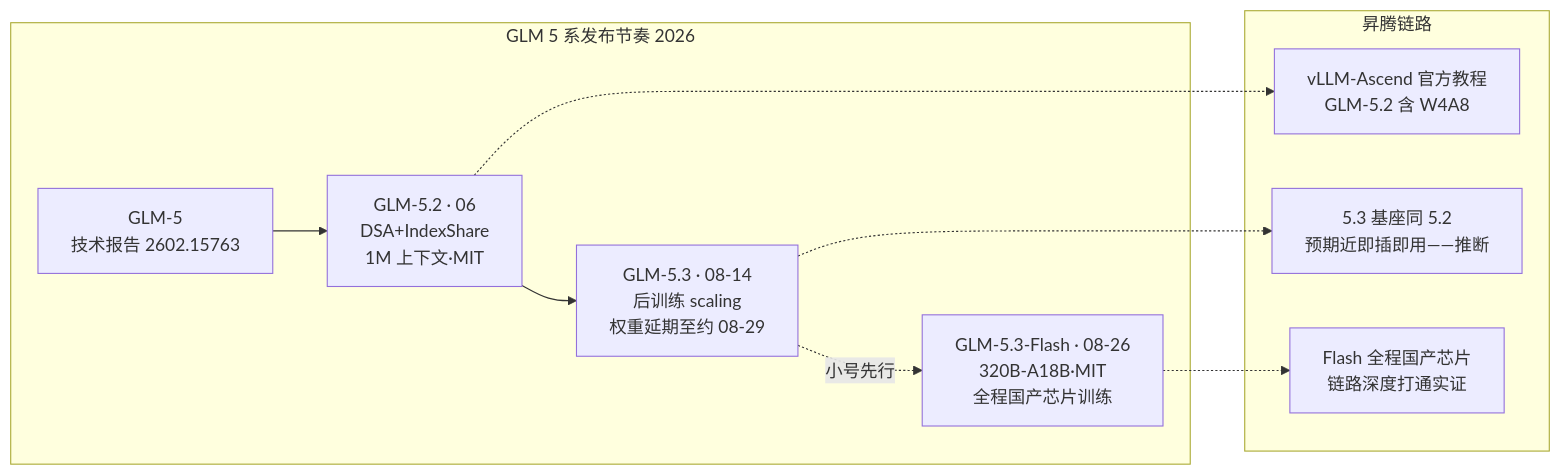
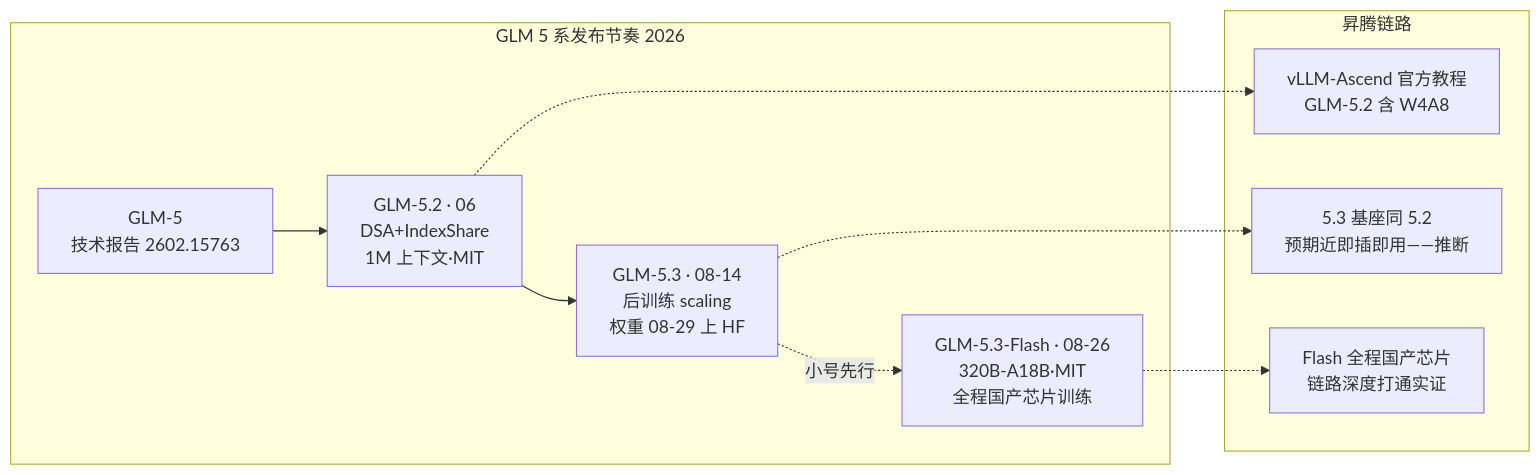
One commit to lloo099/mission44 changed the third of 3 diagrams in docs/blog/dispatch-34-glm-5-3.md. Above: the diagram before and after it, drawn with Mermaid. The commit also changed other lines of this file and 8 other files, not shown here.

````diff
--- a/docs/blog/dispatch-34-glm-5-3.md
+++ b/docs/blog/dispatch-34-glm-5-3.md
@@ -84,19 +84,19 @@
 ```mermaid
 flowchart LR
     subgraph LINE ["GLM 5 系发布节奏 2026"]
         G5["GLM-5<br/>技术报告 2602.15763"]
         G52["GLM-5.2 · 06<br/>DSA+IndexShare<br/>1M 上下文·MIT"]
-        G53["GLM-5.3 · 08-14<br/>后训练 scaling<br/>权重延期至约 08-29"]
+        G53["GLM-5.3 · 08-14<br/>后训练 scaling<br/>权重 08-29 上 HF"]
         FLASH["GLM-5.3-Flash · 08-26<br/>320B-A18B·MIT<br/>全程国产芯片训练"]
         G5 --> G52 --> G53
         G53 -. "小号先行" .-> FLASH
     end
     subgraph ASC ["昇腾链路"]
         A1["vLLM-Ascend 官方教程<br/>GLM-5.2 含 W4A8"]
         A2["5.3 基座同 5.2<br/>预期近即插即用——推断"]
         A3["Flash 全程国产芯片<br/>链路深度打通实证"]
     end
     G52 -.-> A1
     G53 -.-> A2
     FLASH -.-> A3
 ```
````
